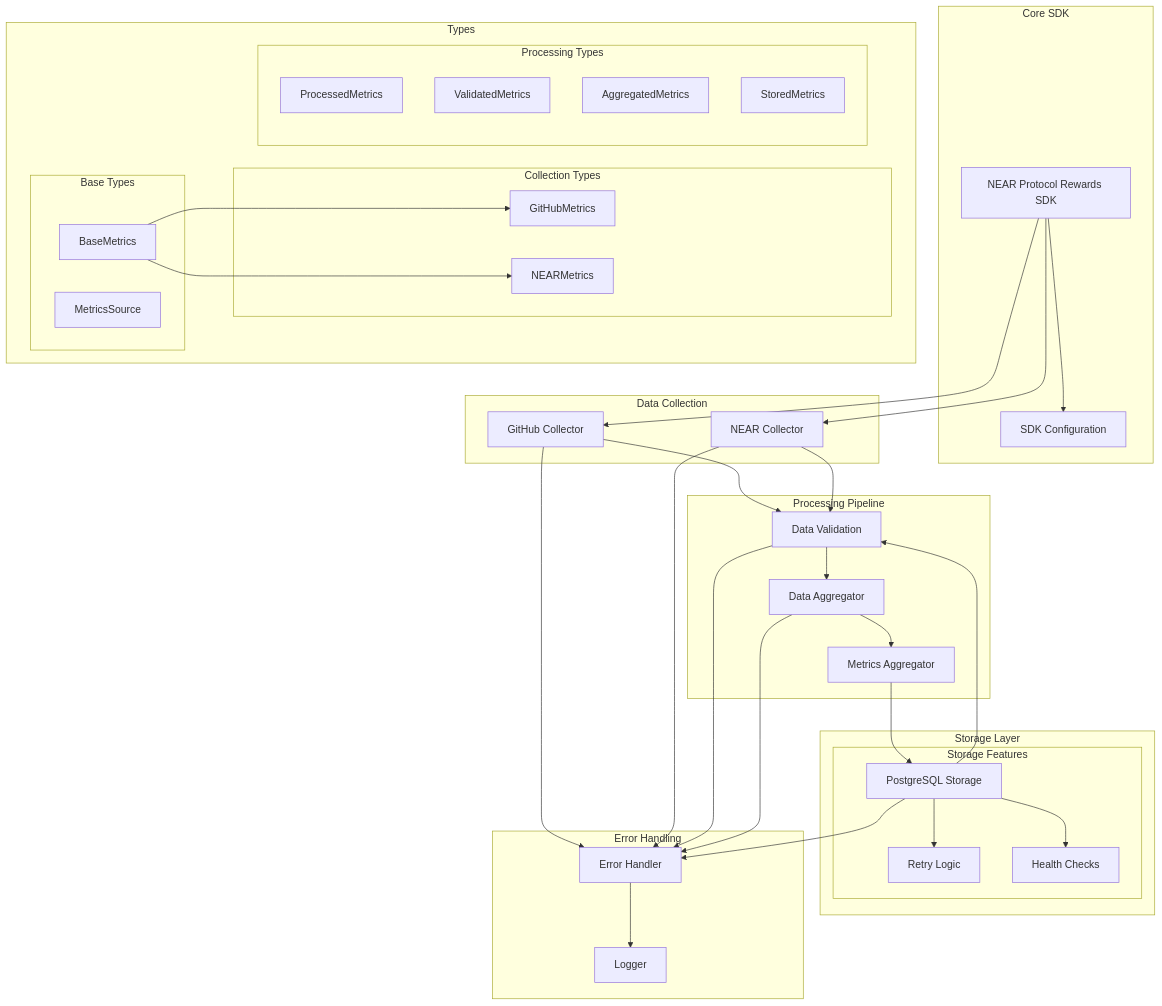
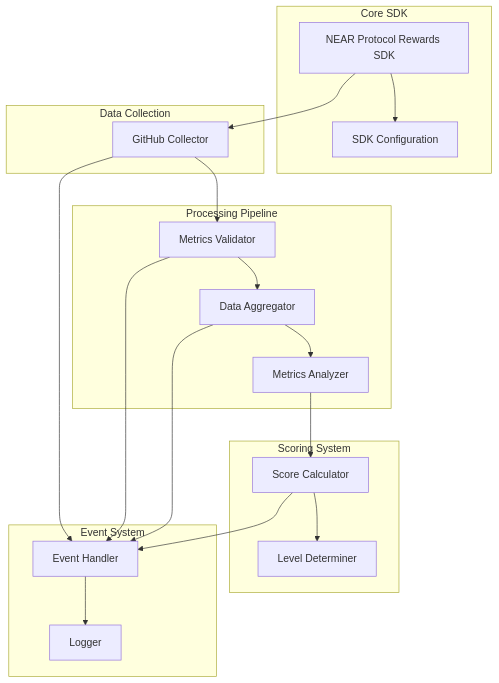
The diagram in docs/architecture.md (near-horizon/near-protocol-rewards), drawn with Mermaid before and after one commit. The commit also changed other lines of this file and 95 other files, not shown here.

````diff
--- a/docs/architecture.md
+++ b/docs/architecture.md
@@ -3,73 +3,42 @@
 ```mermaid
 graph TD
     subgraph "Core SDK"
         SDK[NEAR Protocol Rewards SDK]
         Config[SDK Configuration]
         SDK --> Config
     end
 
     subgraph "Data Collection"
         GH[GitHub Collector]
-        NEAR[NEAR Collector]
         SDK --> GH
-        SDK --> NEAR
     end
 
     subgraph "Processing Pipeline"
-        VAL[Cross Validator]
+        VAL[Metrics Validator]
         AGG[Data Aggregator]
-        MA[Metrics Aggregator]
+        MA[Metrics Analyzer]
         
         GH --> VAL
-        NEAR --> VAL
         VAL --> AGG
         AGG --> MA
     end
 
-    subgraph "Storage Layer"
-        PS[PostgreSQL Storage]
-        MA --> PS
+    subgraph "Scoring System"
+        CALC[Score Calculator]
+        LEVEL[Level Determiner]
         
-        subgraph "Storage Features"
-            RT[Retry Logic]
-            VAL[Data Validation]
-            HC[Health Checks]
-            PS --> RT
-            PS --> VAL
-            PS --> HC
-        end
+        MA --> CALC
+        CALC --> LEVEL
     end
 
-    subgraph "Error Handling"
-        EH[Error Handler]
+    subgraph "Event System"
+        EH[Event Handler]
         LOG[Logger]
         
         GH --> EH
-        NEAR --> EH
         VAL --> EH
         AGG --> EH
-        PS --> EH
+        CALC --> EH
         EH --> LOG
     end
-
-    subgraph "Types"
-        subgraph "Base Types"
-            BM[BaseMetrics]
-            MS[MetricsSource]
-        end
-        
-        subgraph "Collection Types"
-            GM[GitHubMetrics]
-            NM[NEARMetrics]
-            BM --> GM
-            BM --> NM
-        end
-        
-        subgraph "Processing Types"
-            PM[ProcessedMetrics]
-            VM[ValidatedMetrics]
-            AM[AggregatedMetrics]
-            SM[StoredMetrics]
-        end
-    end
 ```
````
